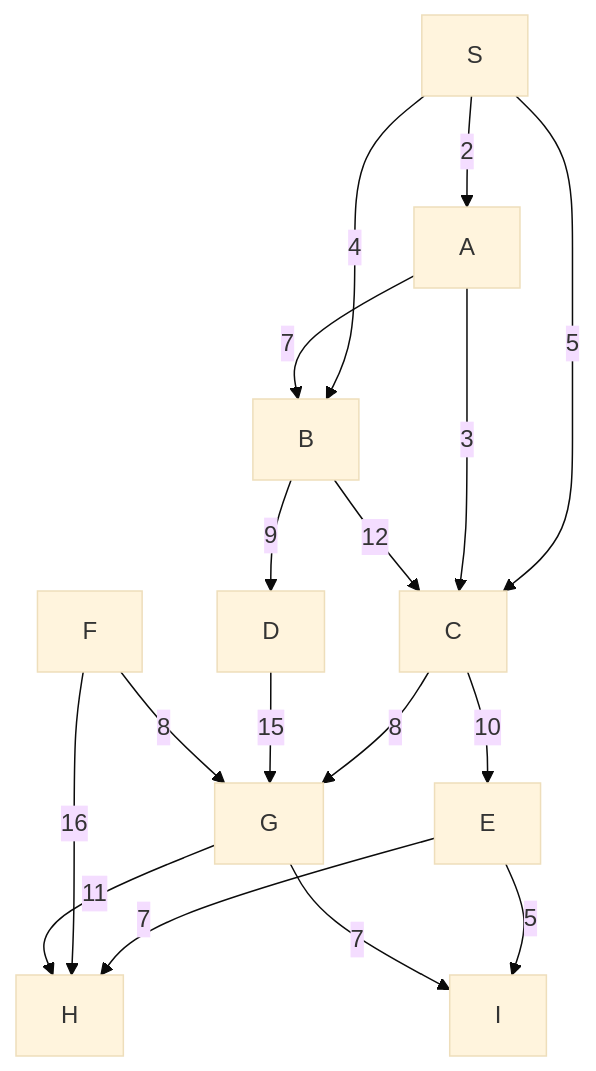
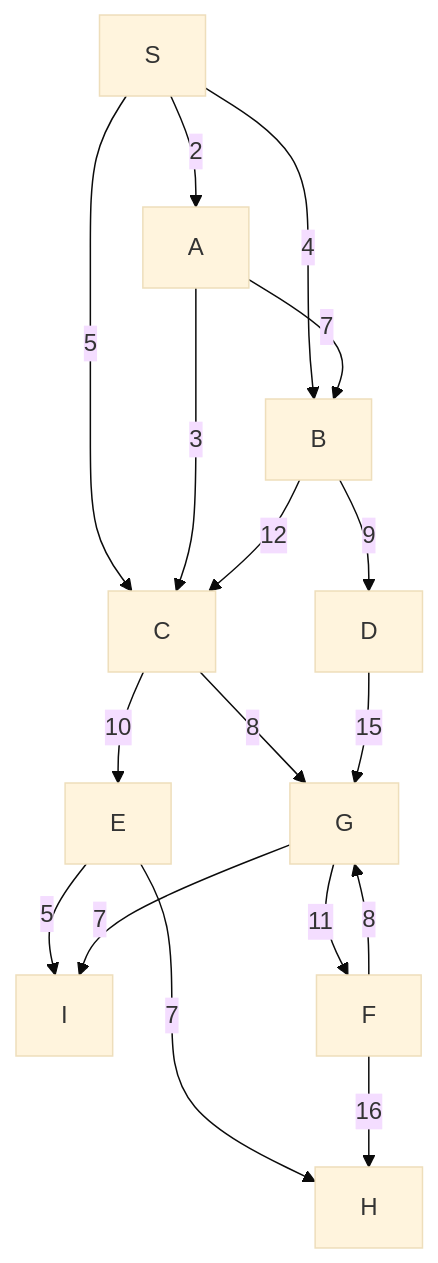
One commit to trdphatphattran/NhapMonTriTueNhanTao changed the fourth of 4 diagrams in Lab1/README.md. Above: the diagram before and after it, drawn with Mermaid (base theme). The commit also changed other lines of this file, not shown here.

````diff
--- a/Lab1/README.md
+++ b/Lab1/README.md
@@ -559,19 +559,19 @@
 ```mermaid
 graph TD
     S --> |2| A
     S --> |4| B
     S --> |5| C
     A --> |3| C
     A --> |7| B
     B --> |9| D
     B --> |12| C
     C --> |10| E
     C --> |8| G
     D --> |15| G
     E --> |7| H
     E --> |5| I
     F --> |8| G
     F --> |16| H
-    G --> |11| H
+    G --> |11| F
     G --> |7| I
 ```
````
